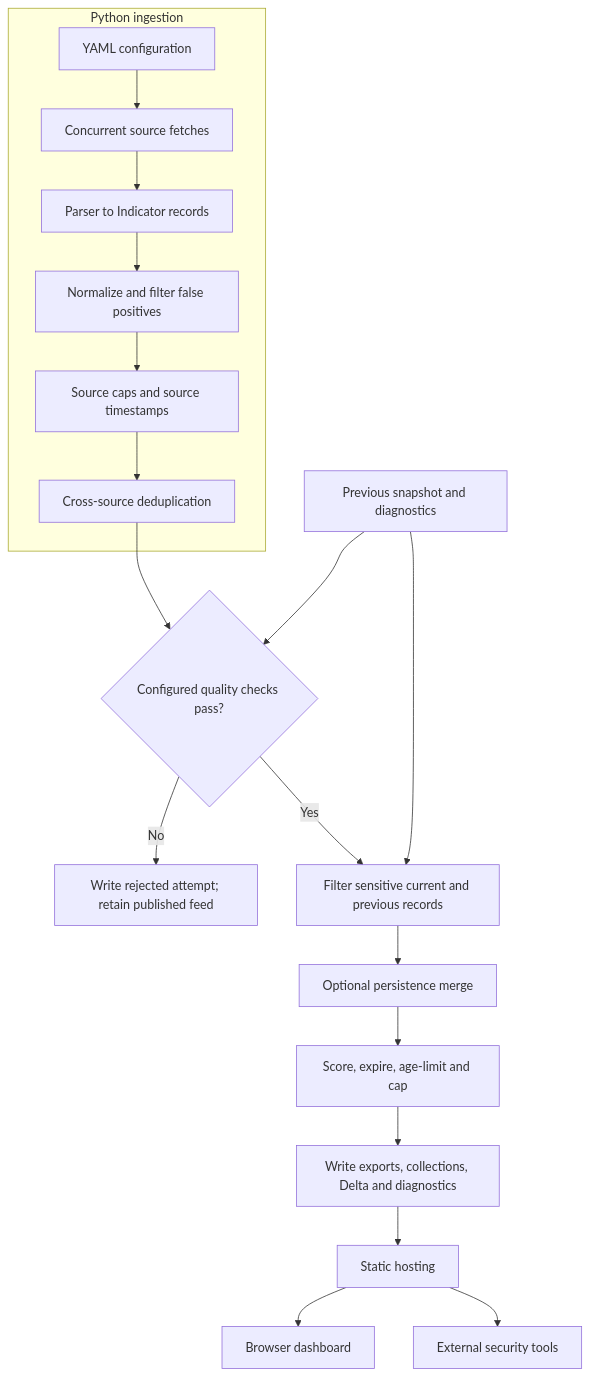
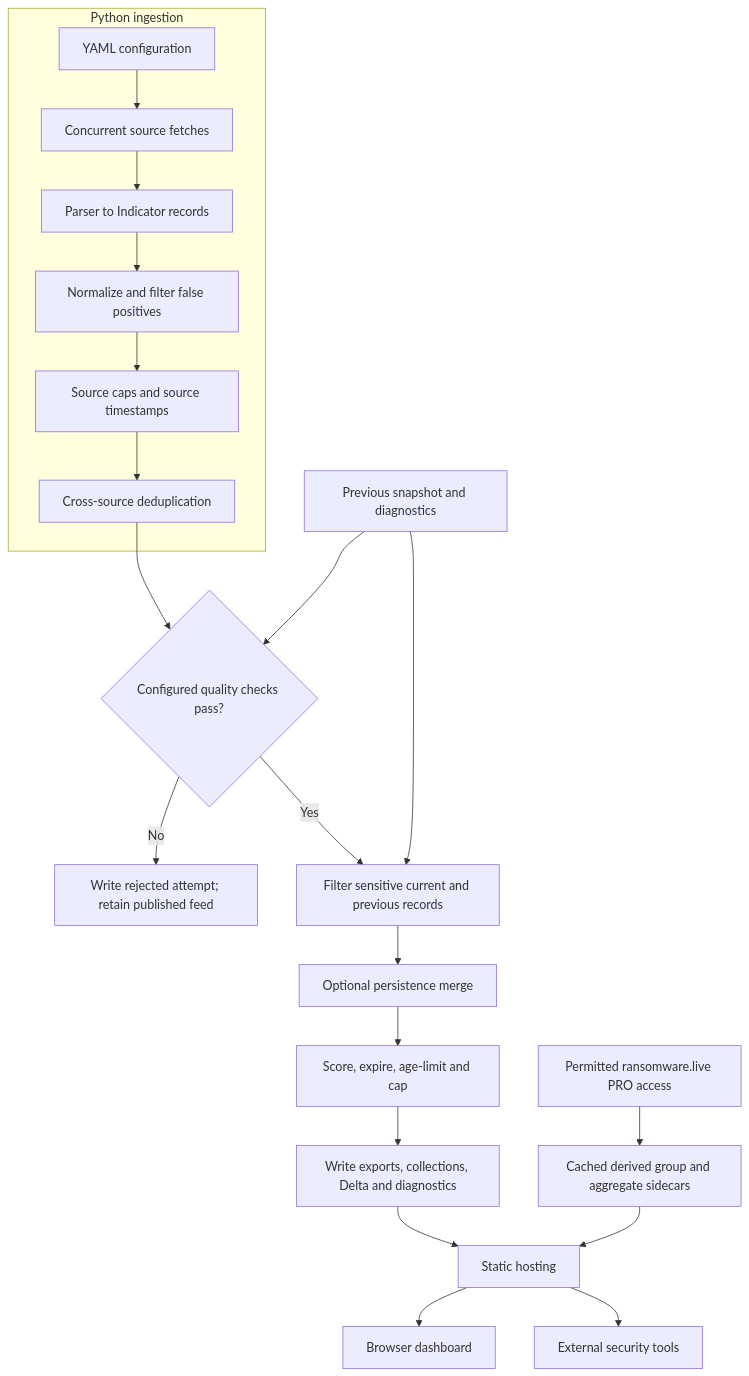
One commit to PKHarsimran/SwiftIOC-Automated-Threat-Intelligence-Collector changed the first of 2 diagrams in docs/wiki/Architecture.md. Above: the diagram before and after it, drawn with Mermaid. The commit also changed other lines of this file and 21 other files, not shown here.

````diff
--- a/docs/wiki/Architecture.md
+++ b/docs/wiki/Architecture.md
@@ -5,21 +5,23 @@
 ```mermaid
 flowchart TB
   subgraph Ingestion[Python ingestion]
     A[YAML configuration] --> B[Concurrent source fetches]
     B --> C[Parser to Indicator records]
     C --> D[Normalize and filter false positives]
     D --> E[Source caps and source timestamps]
     E --> F[Cross-source deduplication]
   end
   F --> G{Configured quality checks pass?}
   G -->|No| H[Write rejected attempt; retain published feed]
   G -->|Yes| I[Filter sensitive current and previous records]
   P[Previous snapshot and diagnostics] --> G
   P --> I
   I --> J[Optional persistence merge]
   J --> K[Score, expire, age-limit and cap]
   K --> L[Write exports, collections, Delta and diagnostics]
   L --> M[Static hosting]
   M --> N[Browser dashboard]
   M --> O[External security tools]
+  R[Permitted ransomware.live PRO access] --> S[Cached derived group and aggregate sidecars]
+  S --> M
 ```
````
